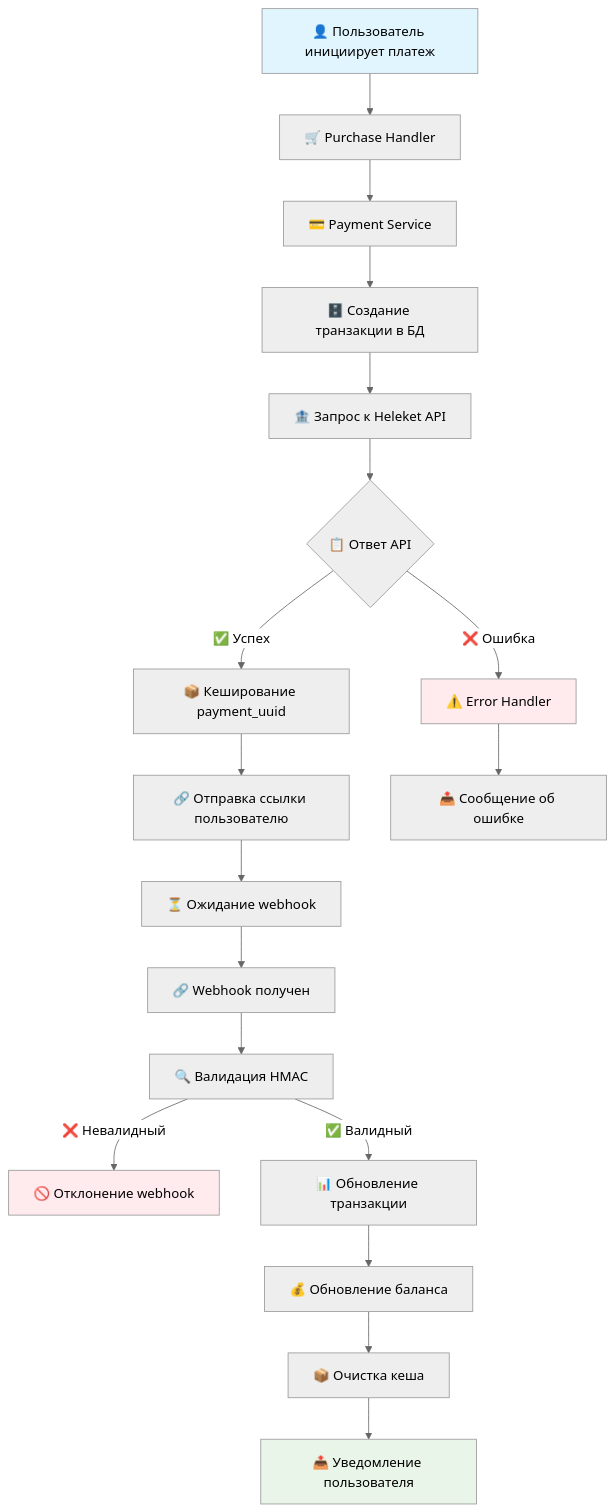
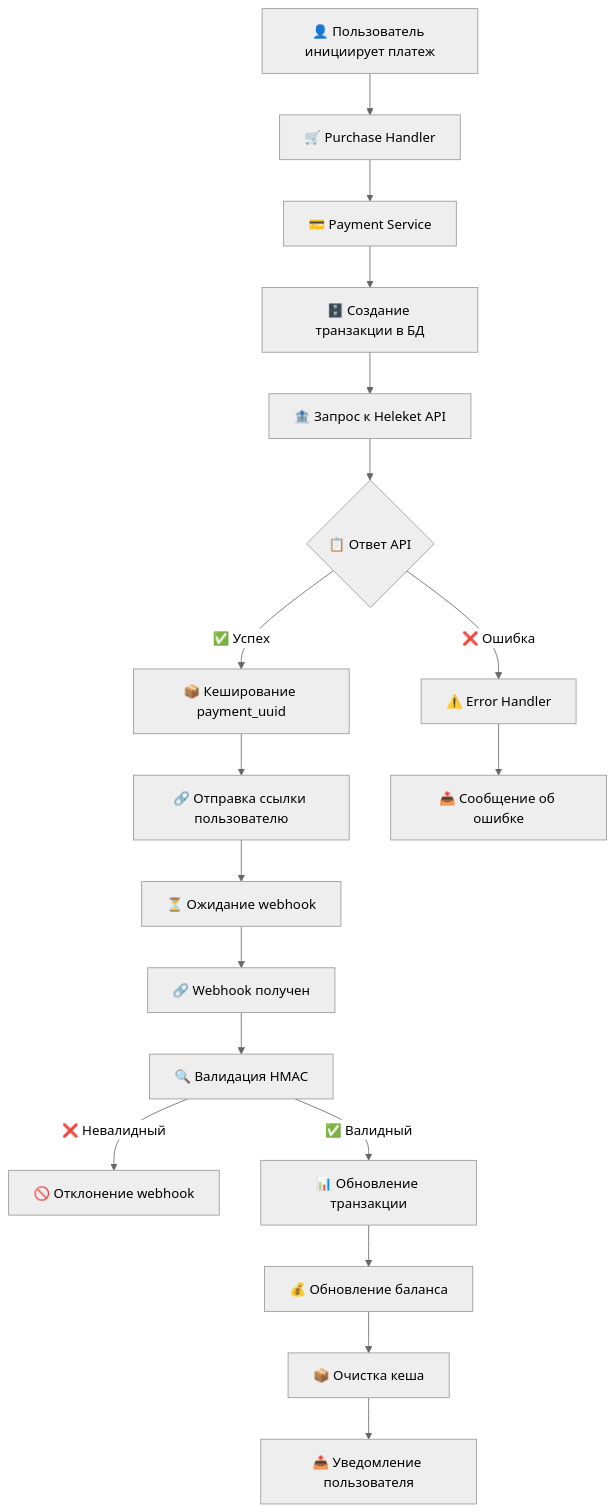
One commit to neKamita/Mirza-Telegram-Shop-Bot changed the fourth of 9 diagrams in docs/ARCHITECTURE.md. Above: the diagram before and after it, drawn with Mermaid (neutral theme). The commit also changed other lines of this file and 2 other files, not shown here.

````diff
--- a/docs/ARCHITECTURE.md
+++ b/docs/ARCHITECTURE.md
@@ -94,30 +94,26 @@
 ```mermaid
 flowchart TD
     A[👤 Пользователь инициирует платеж] --> B[🛒 Purchase Handler]
     B --> C[💳 Payment Service]
     C --> D[🗄️ Создание транзакции в БД]
     D --> E[🏦 Запрос к Heleket API]
     
     E --> F{📋 Ответ API}
     F -->|✅ Успех| G[📦 Кеширование payment_uuid]
     F -->|❌ Ошибка| H[⚠️ Error Handler]
     
     G --> I[🔗 Отправка ссылки пользователю]
     H --> J[📤 Сообщение об ошибке]
     
     I --> K[⏳ Ожидание webhook]
     K --> L[🔗 Webhook получен]
     L --> M[🔍 Валидация HMAC]
     
     M -->|❌ Невалидный| N[🚫 Отклонение webhook]
     M -->|✅ Валидный| O[📊 Обновление транзакции]
     
     O --> P[💰 Обновление баланса]
     P --> Q[📦 Очистка кеша]
     Q --> R[📤 Уведомление пользователя]
     
-    style A fill:#e1f5fe
-    style R fill:#e8f5e8
-    style H fill:#ffebee
-    style N fill:#ffebee
 ```
````
